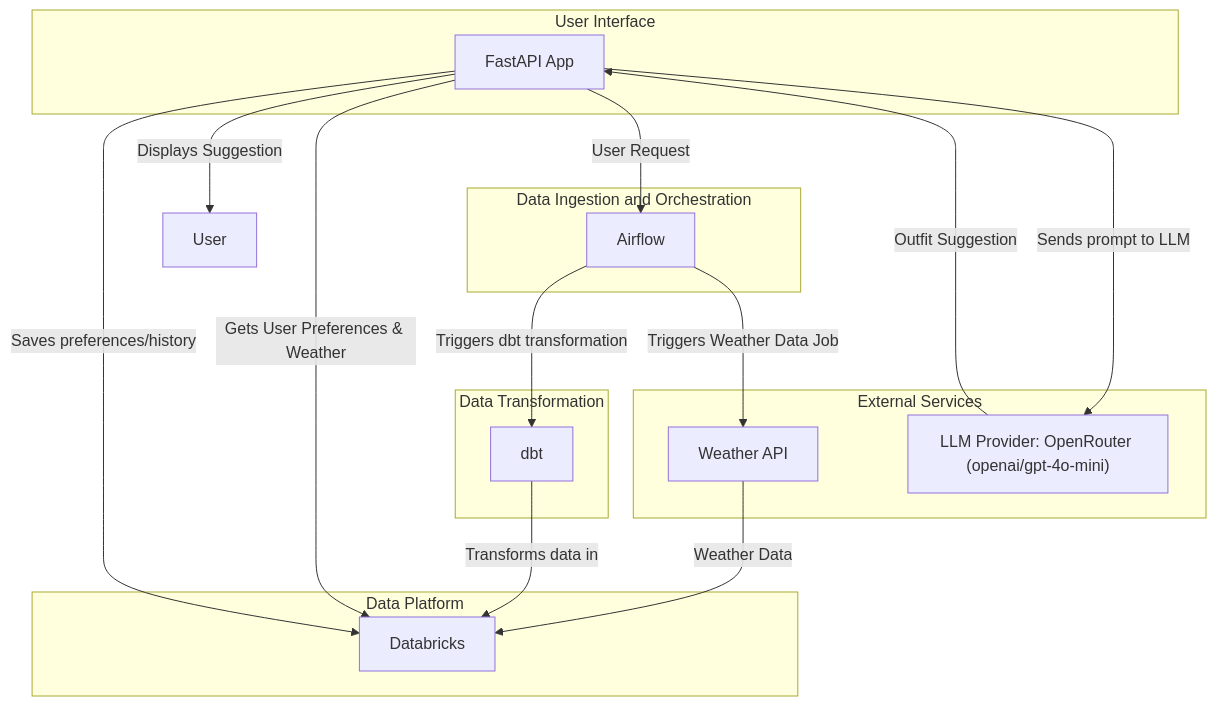
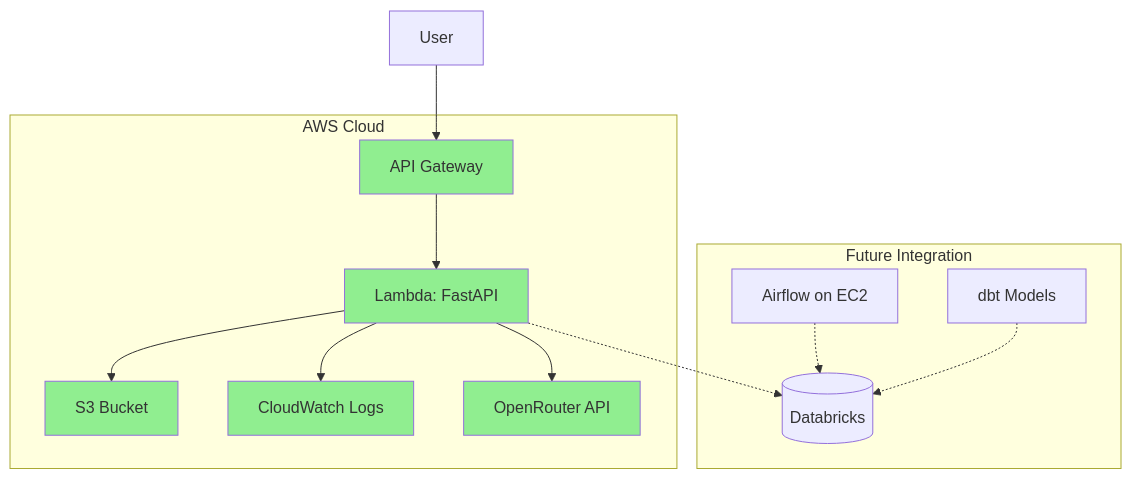
Before and after one commit to joongsim/fitted: the diagram in plan.md, drawn with Mermaid. The commit also changed other lines of this file, not shown here.

````diff
--- a/plan.md
+++ b/plan.md
@@ -13,35 +15,26 @@
 ```mermaid
 graph TD
-    subgraph User Interface
-        A[FastAPI App]
+    subgraph AWS Cloud
+        A[API Gateway] --> B[Lambda: FastAPI]
+        B --> S3[S3 Bucket]
+        B --> CW[CloudWatch Logs]
+        B --> LLM[OpenRouter API]
     end
-
     
-    subgraph Data Ingestion and Orchestration
-        B[Airflow]
+    subgraph Future Integration
+        DB[(Databricks)]
+        AF[Airflow on EC2]
+        DBT[dbt Models]
     end
-
-    subgraph Data Platform
-        C[Databricks]
-    end
-
-    subgraph Data Transformation
-        D[dbt]
-    end
-
-    subgraph External Services
-        E[Weather API]
-        F["LLM Provider: OpenRouter (openai/gpt-4o-mini)"]
-    end
-
-    A -- "User Request" --> B
-    B -- "Triggers Weather Data Job" --> E
-    E -- "Weather Data" --> C
-    B -- "Triggers dbt transformation" --> D
-    D -- "Transforms data in" --> C
-    A -- "Gets User Preferences & Weather" --> C
-    A -- "Sends prompt to LLM" --> F
-    F -- "Outfit Suggestion" --> A
-    A -- "Saves preferences/history" --> C
-    A -- "Displays Suggestion" --> User
+    
+    User --> A
+    B -.-> DB
+    AF -.-> DB
+    DBT -.-> DB
+    
+    style A fill:#90EE90
+    style B fill:#90EE90
+    style S3 fill:#90EE90
+    style CW fill:#90EE90
+    style LLM fill:#90EE90
 ```
````
